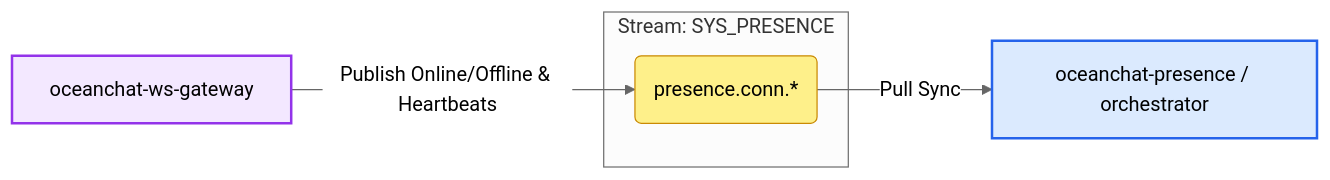
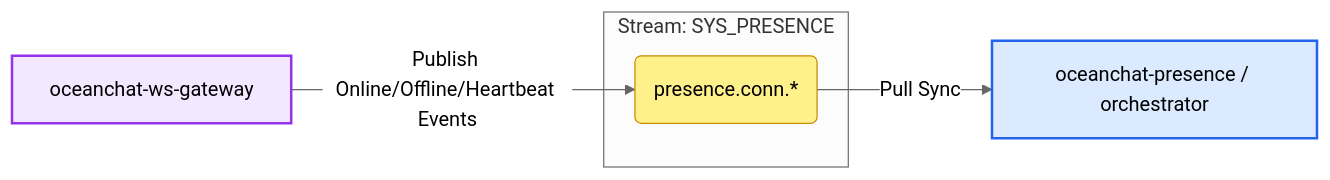
One commit to JamesWilson19970101/ocean.chat.docs changed the eighth of 12 diagrams in docs/devdocs/jetstream-strategy.md. Above: the diagram before and after it, drawn with Mermaid (neutral theme). The commit also changed other lines of this file and 5 other files, not shown here.

First line of the commit message:
docs(architecture): update JetStream strategy, microservices and ADRs

````diff
--- a/docs/devdocs/jetstream-strategy.md
+++ b/docs/devdocs/jetstream-strategy.md
@@ -387,16 +382,16 @@
 ```mermaid
 flowchart LR
   classDef gateway fill:#f3e8ff,stroke:#9333ea,stroke-width:2px,color:#000;
   classDef service fill:#dbeafe,stroke:#2563eb,stroke-width:2px,color:#000;
   classDef subject fill:#fef08a,stroke:#ca8a04,stroke-width:1px,color:#000;
 
   P[oceanchat-ws-gateway]:::gateway
   C[oceanchat-presence / orchestrator]:::service
 
   subgraph Stream: SYS_PRESENCE
     SUB(presence.conn.*):::subject
   end
 
-  P -- Publish Online/Offline & Heartbeats --> SUB
+  P -- Publish Online/Offline/Heartbeat Events --> SUB
   SUB -- Pull Sync --> C
 ```
````
